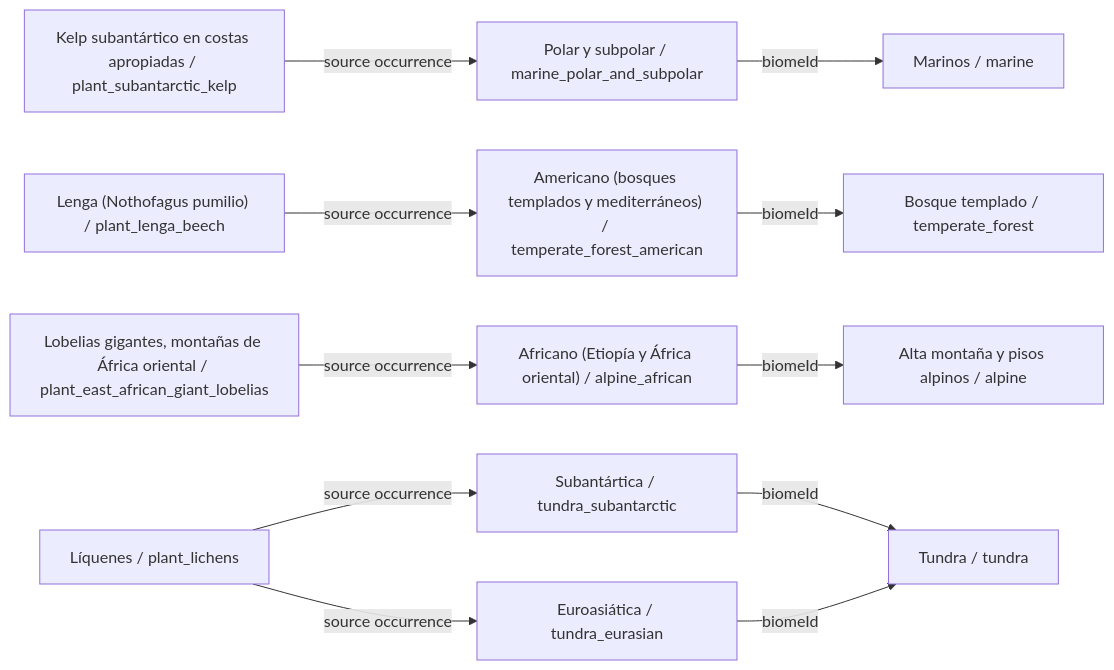
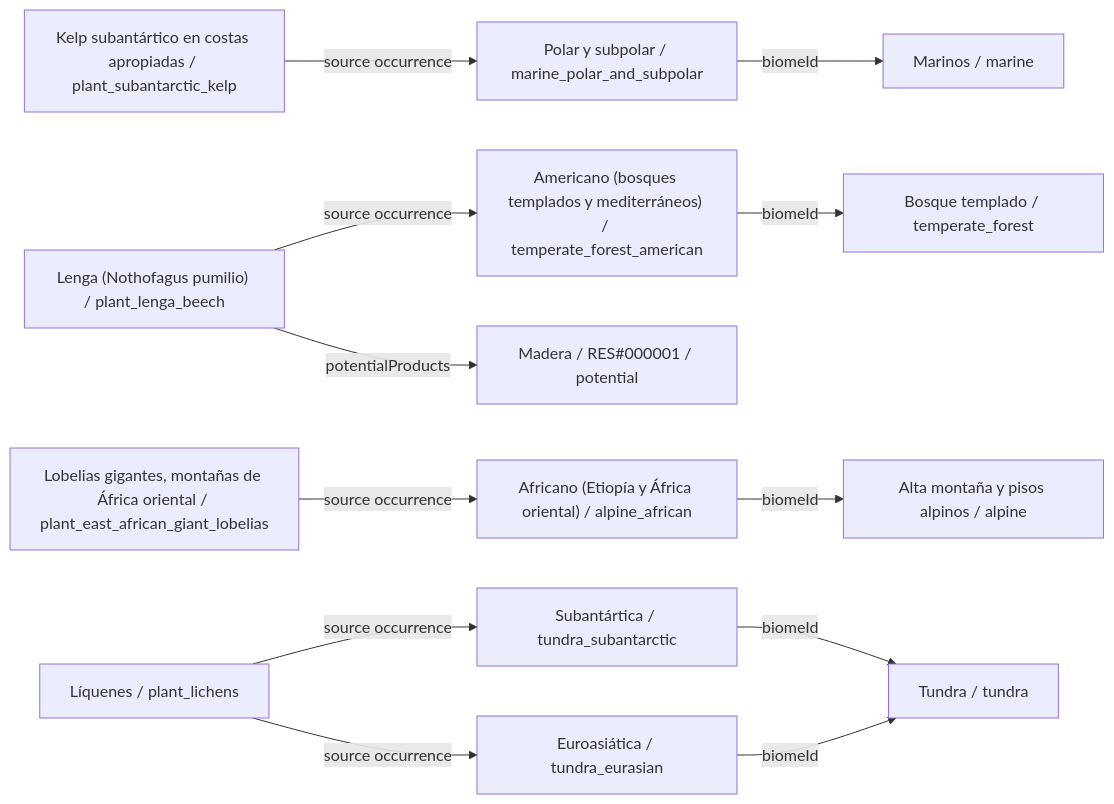
Diagram 16 of 39 in data/plants/DIAGRAMS.es.md (fgabo404/EvolveDoc), drawn with Mermaid before and after one commit. The commit also changed other lines of this file and 50 other files, not shown here.

````diff
--- a/data/plants/DIAGRAMS.es.md
+++ b/data/plants/DIAGRAMS.es.md
@@ -526,26 +542,28 @@
 ```mermaid
 flowchart LR
     c0["Kelp subantártico en costas apropiadas / plant_subantarctic_kelp"]
     v21["Polar y subpolar / marine_polar_and_subpolar"]
     b5["Marinos / marine"]
     c1["Lenga (Nothofagus pumilio) / plant_lenga_beech"]
     v5["Americano (bosques templados y mediterráneos) / temperate_forest_american"]
     b1["Bosque templado / temperate_forest"]
+    o1_0["Madera / RES#000001 / potential"]
     c2["Lobelias gigantes, montañas de África oriental / plant_east_african_giant_lobelias"]
     v26["Africano (Etiopía y África oriental) / alpine_african"]
     b6["Alta montaña y pisos alpinos / alpine"]
     c3["Líquenes / plant_lichens"]
     v9["Euroasiática / tundra_eurasian"]
     b2["Tundra / tundra"]
     v10["Subantártica / tundra_subantarctic"]
     c0 -->|source occurrence| v21
+    c1 -->|potentialProducts| o1_0
     c1 -->|source occurrence| v5
     c2 -->|source occurrence| v26
     c3 -->|source occurrence| v10
     c3 -->|source occurrence| v9
     v10 -->|biomeId| b2
     v21 -->|biomeId| b5
     v26 -->|biomeId| b6
     v5 -->|biomeId| b1
     v9 -->|biomeId| b2
 ```
````
